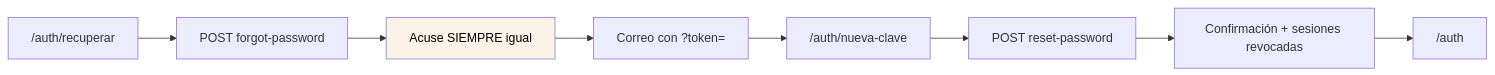
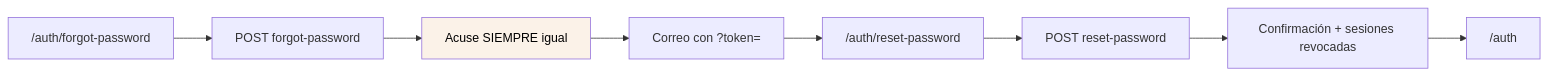
Before and after one commit to mdavila-2001/mantra-core-health: the third of 4 diagrams in docs/business/user-journeys.md, drawn with Mermaid. The commit also changed other lines of this file and 234 other files, not shown here.

````diff
--- a/docs/business/user-journeys.md
+++ b/docs/business/user-journeys.md
@@ -76,11 +76,11 @@
 ```mermaid
 graph LR
-  A["/auth/recuperar"] --> B["POST forgot-password"]
+  A["/auth/forgot-password"] --> B["POST forgot-password"]
   B --> C["Acuse SIEMPRE igual"]
   C --> D["Correo con ?token="]
-  D --> E["/auth/nueva-clave"]
+  D --> E["/auth/reset-password"]
   E --> F["POST reset-password"]
   F --> G["Confirmación + sesiones revocadas"]
   G --> H["/auth"]
   style C fill:#FBF2E8,color:#000
 ```
````
